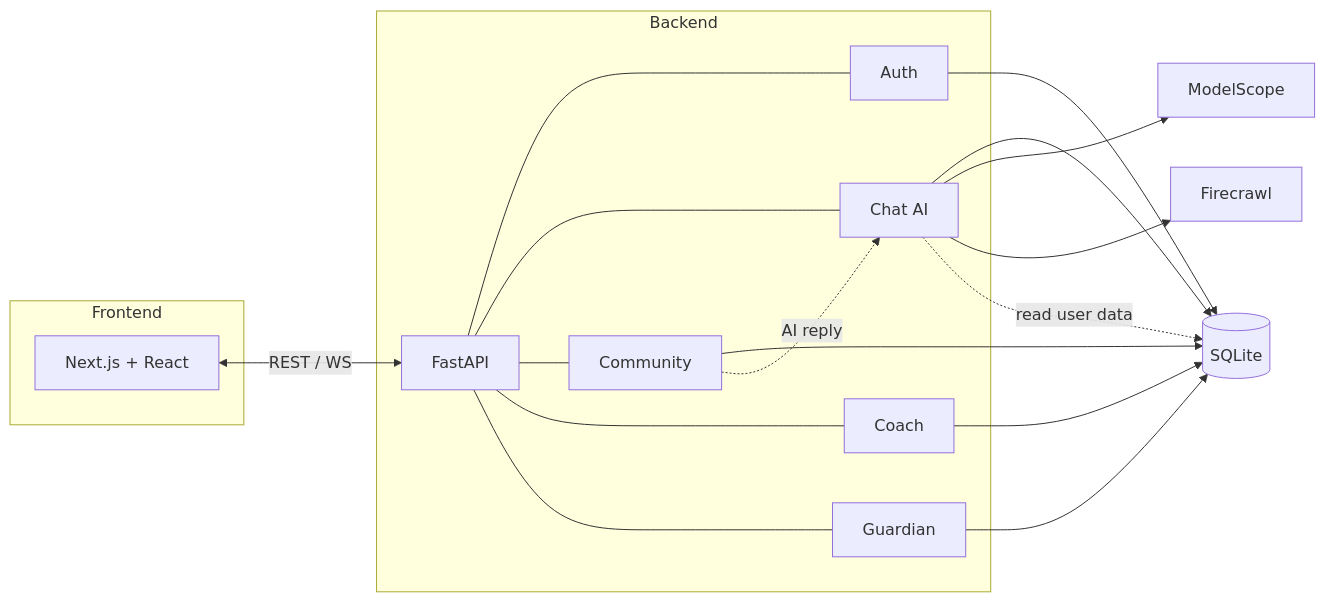
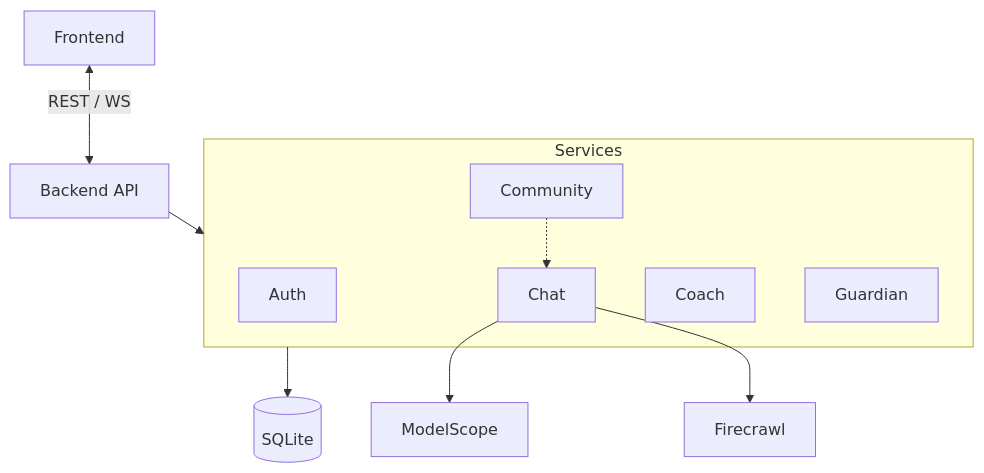
One commit to koishi510/MomShell changed the second of 2 diagrams in docs/architecture.md. Above: the diagram before and after it, drawn with Mermaid.

````diff
--- a/docs/architecture.md
+++ b/docs/architecture.md
@@ -149,29 +149,19 @@
 ```mermaid
-flowchart LR
-    subgraph FE[Frontend]
-        UI[Next.js + React]
+flowchart TD
+    UI[Frontend] <-->|REST / WS| API[Backend API]
+
+    API --> Services
+
+    subgraph Services[Services]
+        Auth
+        Chat
+        Community
+        Coach
+        Guardian
     end
 
-    subgraph BE[Backend]
-        API[FastAPI]
-        Auth[Auth]
-        Chat[Chat AI]
-        Community[Community]
-        Coach[Coach]
-        Guardian[Guardian]
-    end
-
-    UI <-->|REST / WS| API
-    API --- Auth & Chat & Community & Coach & Guardian
-
-    %% All modules store user data
-    Auth & Chat & Community & Coach & Guardian --> DB[(SQLite)]
-
-    %% Chat AI connections
+    Services --> DB[(SQLite)]
     Chat --> LLM[ModelScope]
     Chat --> Search[Firecrawl]
-    Chat -.->|read user data| DB
-
-    %% Community uses Chat AI
-    Community -.->|AI reply| Chat
+    Community -.-> Chat
 ```
````
